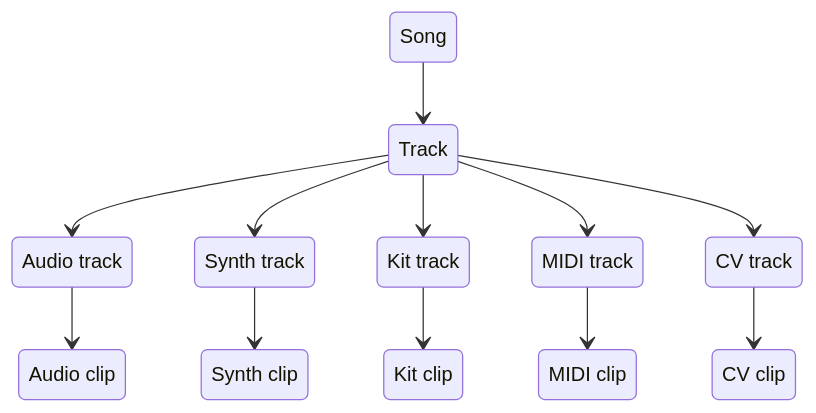
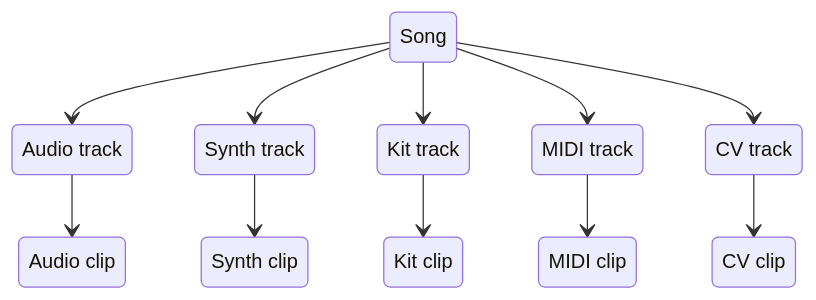
One commit to SynthstromAudible/DelugeFirmware changed the fifth of 16 diagrams in website/src/content/docs/manual/introduction/concepts.mdx. Above: the diagram before and after it, drawn with Mermaid. The commit also changed other lines of this file and 1 other file, not shown here.

````diff
--- a/website/src/content/docs/manual/introduction/concepts.mdx
+++ b/website/src/content/docs/manual/introduction/concepts.mdx
@@ -134,25 +126,24 @@
 ```mermaid
 stateDiagram-v2
-  Song --> Track
-  Track --> AudioTrack
+  Song --> AudioTrack
   AudioTrack --> AudioClip
-  Track --> SynthTrack
+  Song --> SynthTrack
   SynthTrack --> SynthClip
-  Track --> KitTrack
+  Song --> KitTrack
   KitTrack --> KitClip
-  Track --> MIDITrack
+  Song --> MIDITrack
   MIDITrack --> MIDIClip
-  Track --> CVTrack
+  Song --> CVTrack
   CVTrack --> CVClip
 
   AudioTrack: Audio track
   AudioClip: Audio clip
   SynthTrack: Synth track
   SynthClip: Synth clip
   KitTrack: Kit track
   KitClip: Kit clip
   MIDITrack: MIDI track
   MIDIClip: MIDI clip
   CVTrack: CV track
   CVClip: CV clip
 ```
````
